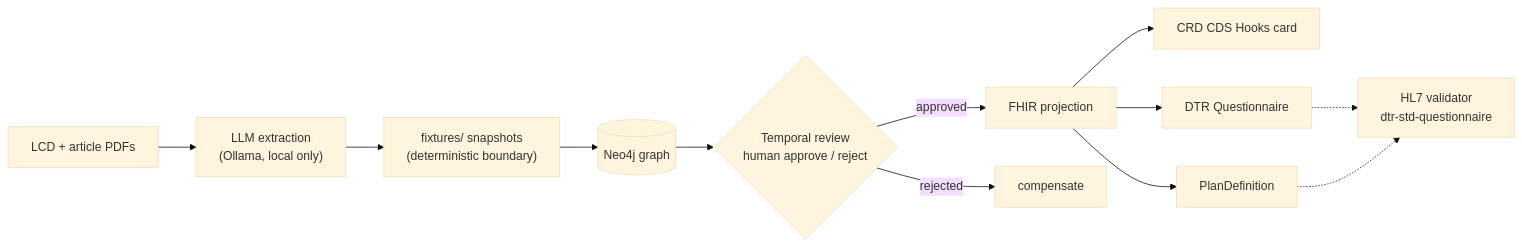
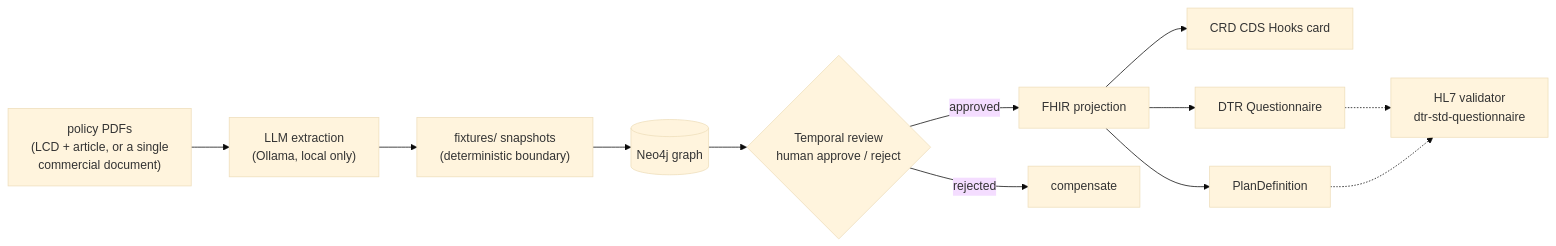
Before and after one commit to pjerus/pa-fhir-poc: the first of 2 diagrams in README.md, drawn with Mermaid (base theme). The commit also changed other lines of this file and 1 other file, not shown here.

First line of the commit message:
docs: README and metadata reflect the payer-dialect pipeline, not Medicare-only

````diff
--- a/README.md
+++ b/README.md
@@ -15,14 +20,14 @@
 ```mermaid
 flowchart LR
-    PDF["LCD + article PDFs"] --> EX["LLM extraction<br/>(Ollama, local only)"]
+    PDF["policy PDFs<br/>(LCD + article, or a single<br/>commercial document)"] --> EX["LLM extraction<br/>(Ollama, local only)"]
     EX --> SNAP["fixtures/ snapshots<br/>(deterministic boundary)"]
     SNAP --> G[("Neo4j graph")]
     G --> REV{"Temporal review<br/>human approve / reject"}
     REV -->|approved| PROJ["FHIR projection"]
     REV -->|rejected| COMP["compensate"]
     PROJ --> CRD["CRD CDS Hooks card"]
     PROJ --> DTR["DTR Questionnaire"]
     PROJ --> PD["PlanDefinition"]
     DTR -.-> VAL["HL7 validator<br/>dtr-std-questionnaire"]
     PD -.-> VAL
 ```
````
